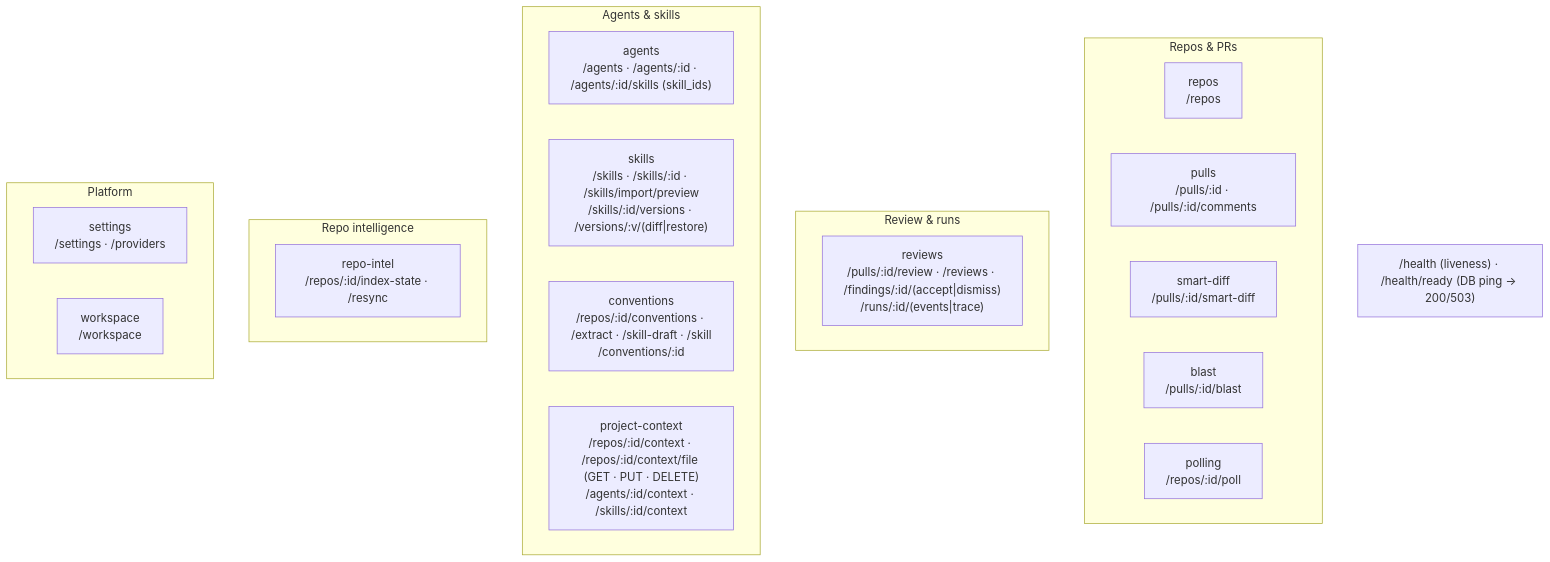
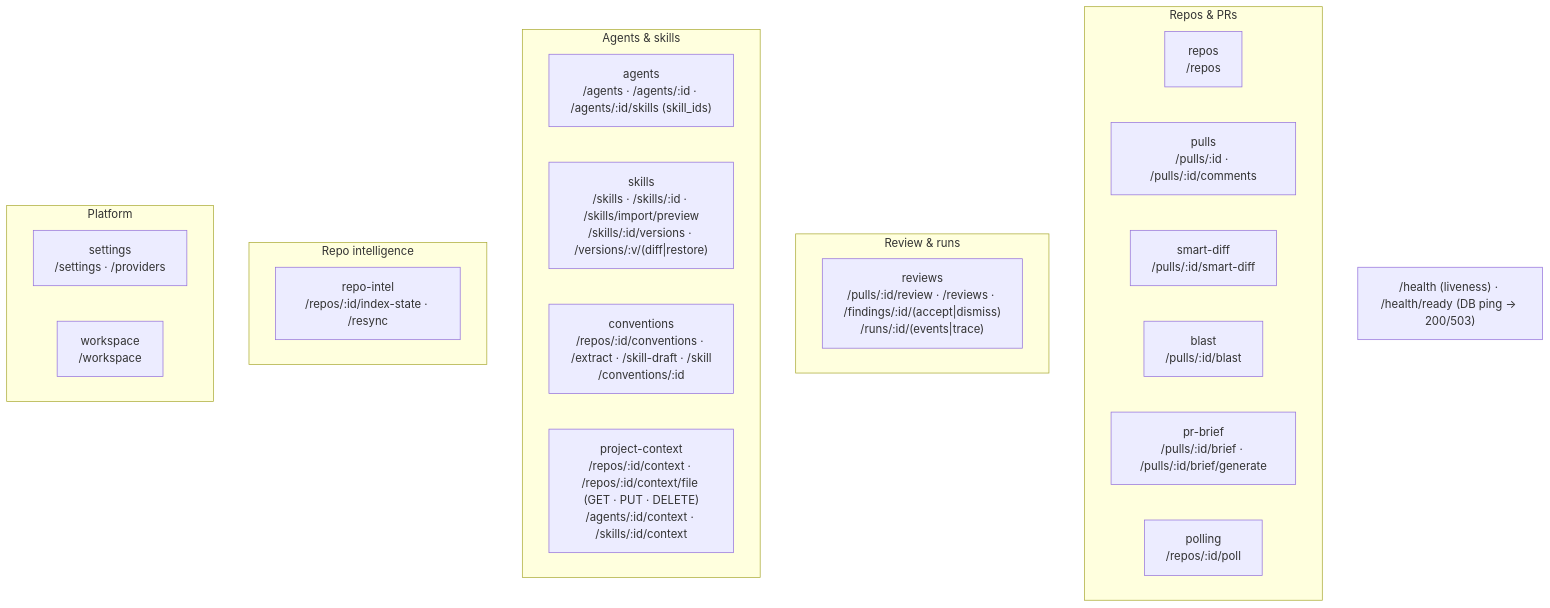
The second of 2 diagrams in server/README.md (ira-horobets/dev-digest), drawn with Mermaid before and after one commit. The commit also changed other lines of this file and 102 other files, not shown here.

````diff
--- a/server/README.md
+++ b/server/README.md
@@ -64,27 +64,28 @@
 ```mermaid
 flowchart TB
   subgraph Repos_PRs["Repos & PRs"]
     repos["repos<br/>/repos"]
     pulls["pulls<br/>/pulls/:id · /pulls/:id/comments"]
     smartDiff["smart-diff<br/>/pulls/:id/smart-diff"]
     blast["blast<br/>/pulls/:id/blast"]
+    prBrief["pr-brief<br/>/pulls/:id/brief · /pulls/:id/brief/generate"]
     polling["polling<br/>/repos/:id/poll"]
   end
   subgraph Review["Review & runs"]
     reviews["reviews<br/>/pulls/:id/review · /reviews · /findings/:id/(accept|dismiss)<br/>/runs/:id/(events|trace)"]
   end
   subgraph Agents["Agents & skills"]
     agents["agents<br/>/agents · /agents/:id · /agents/:id/skills (skill_ids)"]
     skills["skills<br/>/skills · /skills/:id · /skills/import/preview<br/>/skills/:id/versions · /versions/:v/(diff|restore)"]
     conventions["conventions<br/>/repos/:id/conventions · /extract · /skill-draft · /skill<br/>/conventions/:id"]
     projectContext["project-context<br/>/repos/:id/context · /repos/:id/context/file (GET · PUT · DELETE)<br/>/agents/:id/context · /skills/:id/context"]
   end
   subgraph Intel["Repo intelligence"]
     repoIntel["repo-intel<br/>/repos/:id/index-state · /resync"]
   end
   subgraph Platform["Platform"]
     settings["settings<br/>/settings · /providers"]
     workspace["workspace<br/>/workspace"]
   end
   HEALTH["/health (liveness) · /health/ready (DB ping → 200/503)"]
 ```
````
